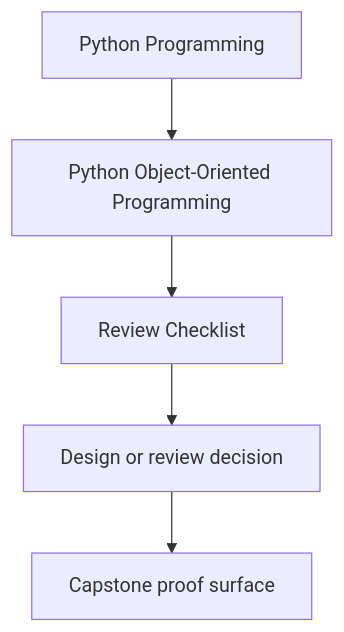
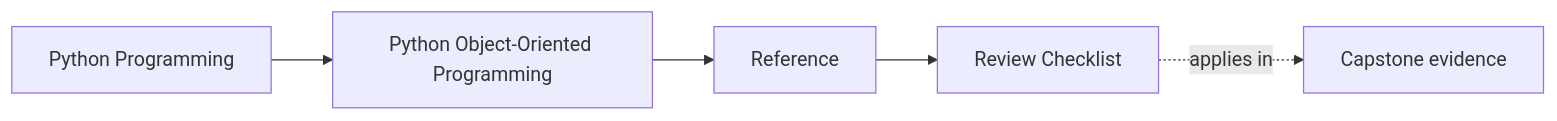
One commit to bijux/bijux-masterclass changed the first of 2 diagrams in programs/python-programming/python-object-oriented-programming/course-book/reference/review-checklist.md. Above: the diagram before and after it, drawn with Mermaid. The commit also changed other lines of this file and 103 other files, not shown here.

Commit message:
docs(python-object-oriented-programming): map sustainment and capstone surfaces

````diff
--- a/programs/python-programming/python-object-oriented-programming/course-book/reference/review-checklist.md
+++ b/programs/python-programming/python-object-oriented-programming/course-book/reference/review-checklist.md
@@ -7,7 +7,11 @@
 ```mermaid
-flowchart TD
-  family["Python Programming"] --> program["Python Object-Oriented Programming"]
-  program --> reference["Review Checklist"]
-  reference --> review["Design or review decision"]
-  review --> capstone["Capstone proof surface"]
+graph LR
+  family["Python Programming"]
+  program["Python Object-Oriented Programming"]
+  section["Reference"]
+  page["Review Checklist"]
+  capstone["Capstone evidence"]
+
+  family --> program --> section --> page
+  page -.applies in.-> capstone
 ```
````
